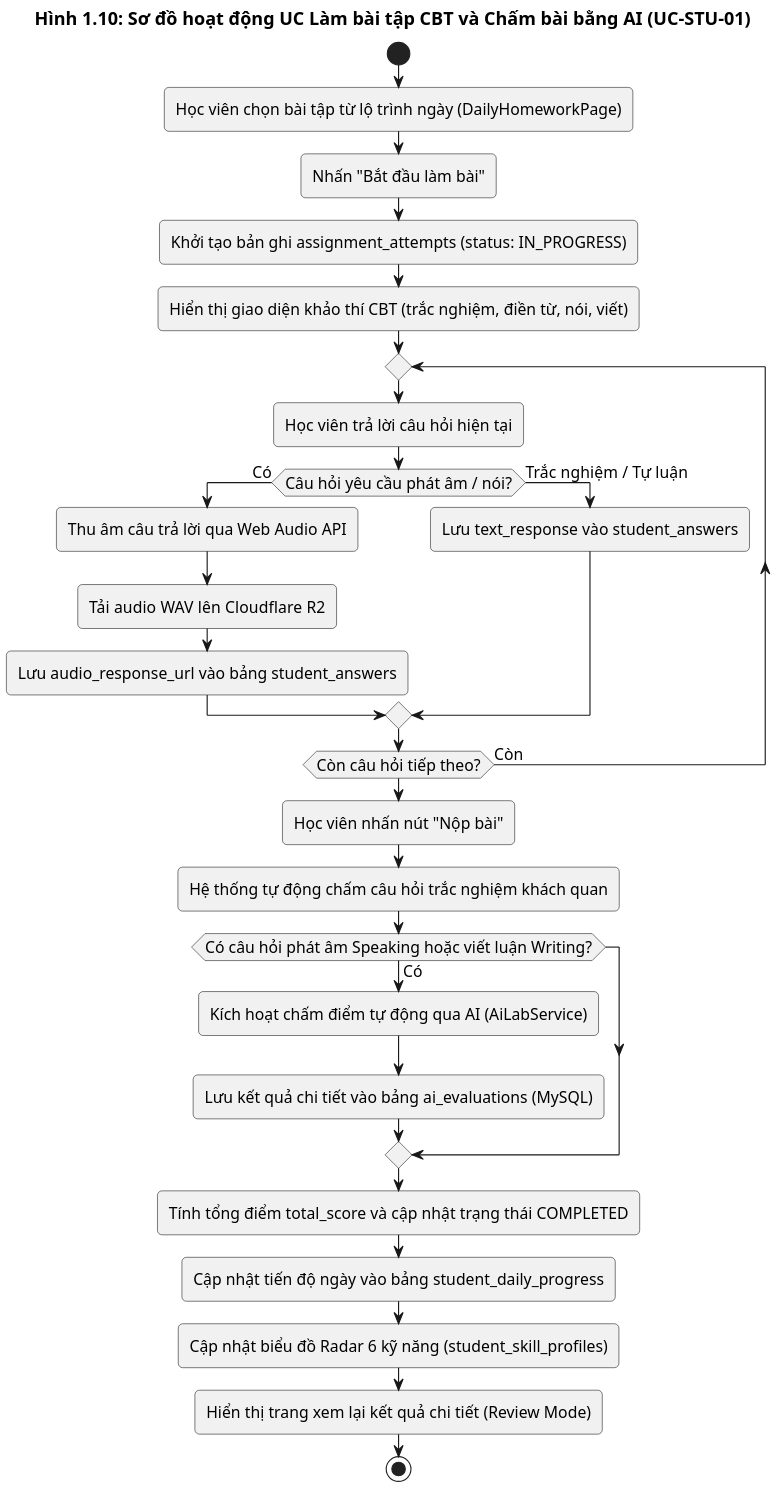
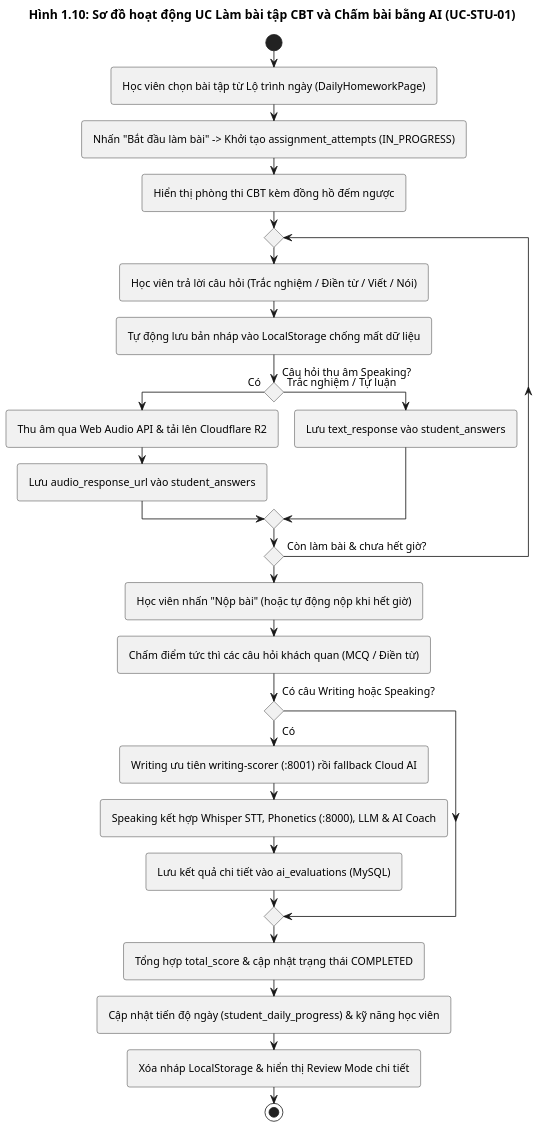
One commit to TrungPham1126/englishlearning changed the diagram in plantuml_diagrams/Hinh_1_10_So_do_hoat_dong_UC_STU_01_Lam_bai_tap_CBT_va_Cham_AI.puml. Above: the diagram before and after it, drawn with PlantUML. The commit also changed 126 other files, not shown here.

First line of the commit message:
feat: cải thiện luyện nói, chấm điểm Speaking và trải nghiệm làm bài

```diff
--- a/plantuml_diagrams/Hinh_1_10_So_do_hoat_dong_UC_STU_01_Lam_bai_tap_CBT_va_Cham_AI.puml
+++ b/plantuml_diagrams/Hinh_1_10_So_do_hoat_dong_UC_STU_01_Lam_bai_tap_CBT_va_Cham_AI.puml
@@ -1,41 +1,44 @@
 @startuml Hinh_1_10_So_do_hoat_dong_UC_STU_01_Lam_bai_tap_CBT_va_Cham_AI
+skinparam ConditionStyle diamond
 title Hình 1.10: Sơ đồ hoạt động UC Làm bài tập CBT và Chấm bài bằng AI (UC-STU-01)
-skinparam dpi 200
+skinparam dpi 145
 skinparam monochrome true
 skinparam shadowing false
+skinparam backgroundColor #FFFFFF
 skinparam defaultFontName Arial
-skinparam defaultFontSize 14
-skinparam titleFontSize 16
-skinparam roundcorner 8
+skinparam defaultFontSize 13
+skinparam titleFontSize 15
+skinparam titleFontStyle bold
+skinparam roundcorner 6
+skinparam padding 4
 
 start
-:Học viên chọn bài tập từ lộ trình ngày (DailyHomeworkPage);
-:Nhấn "Bắt đầu làm bài";
-:Khởi tạo bản ghi assignment_attempts (status: IN_PROGRESS);
-:Hiển thị giao diện khảo thí CBT (trắc nghiệm, điền từ, nói, viết);
+:Học viên chọn bài tập từ Lộ trình ngày (DailyHomeworkPage);
+:Nhấn "Bắt đầu làm bài" -> Khởi tạo assignment_attempts (IN_PROGRESS);
+:Hiển thị phòng thi CBT kèm đồng hồ đếm ngược;
 
 repeat
-    :Học viên trả lời câu hỏi hiện tại;
-    if (Câu hỏi yêu cầu phát âm / nói?) then (Có)
-        :Thu âm câu trả lời qua Web Audio API;
-        :Tải audio WAV lên Cloudflare R2;
-        :Lưu audio_response_url vào bảng student_answers;
+    :Học viên trả lời câu hỏi (Trắc nghiệm / Điền từ / Viết / Nói);
+    :Tự động lưu bản nháp vào LocalStorage chống mất dữ liệu;
+    if (Câu hỏi thu âm Speaking?) then (Có)
+        :Thu âm qua Web Audio API & tải lên Cloudflare R2;
+        :Lưu audio_response_url vào student_answers;
     else (Trắc nghiệm / Tự luận)
         :Lưu text_response vào student_answers;
     endif
-repeat while (Còn câu hỏi tiếp theo?) is (Còn)
+repeat while (Còn làm bài & chưa hết giờ?) is (Tiếp tục)
 
-:Học viên nhấn nút "Nộp bài";
-:Hệ thống tự động chấm câu hỏi trắc nghiệm khách quan;
+:Học viên nhấn "Nộp bài" (hoặc tự động nộp khi hết giờ);
+:Chấm điểm tức thì các câu hỏi khách quan (MCQ / Điền từ);
 
-if (Có câu hỏi phát âm Speaking hoặc viết luận Writing?) then (Có)
-    :Kích hoạt chấm điểm tự động qua AI (AiLabService);
-    :Lưu kết quả chi tiết vào bảng ai_evaluations (MySQL);
+if (Có câu Writing hoặc Speaking?) then (Có)
+    :Writing ưu tiên writing-scorer (:8001) rồi fallback Cloud AI;
+    :Speaking kết hợp Whisper STT, Phonetics (:8000), LLM & AI Coach;
+    :Lưu kết quả chi tiết vào ai_evaluations (MySQL);
 endif
 
-:Tính tổng điểm total_score và cập nhật trạng thái COMPLETED;
-:Cập nhật tiến độ ngày vào bảng student_daily_progress;
-:Cập nhật biểu đồ Radar 6 kỹ năng (student_skill_profiles);
-:Hiển thị trang xem lại kết quả chi tiết (Review Mode);
+:Tổng hợp total_score & cập nhật trạng thái COMPLETED;
+:Cập nhật tiến độ ngày (student_daily_progress) & kỹ năng học viên;
+:Xóa nháp LocalStorage & hiển thị Review Mode chi tiết;
 stop
 @enduml
```
